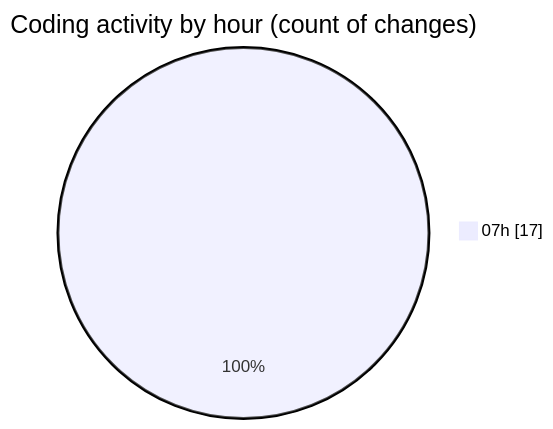
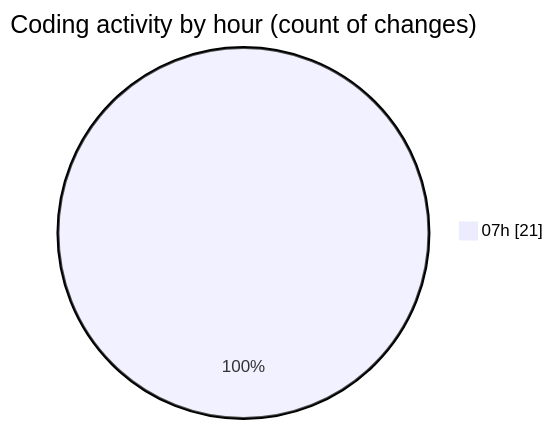
Before and after one commit to robertbonfada/code-tracking: the second of 2 diagrams in 2025-03-10/mbc-web/README.md, drawn with Mermaid. The commit also changed other lines of this file and 1 other file, not shown here.

````diff
--- a/2025-03-10/mbc-web/README.md
+++ b/2025-03-10/mbc-web/README.md
@@ -33,5 +34,5 @@
 ```mermaid
 pie showData
 title Coding activity by hour (count of changes)
-"07h" : 17
+"07h" : 21
 ```
````
